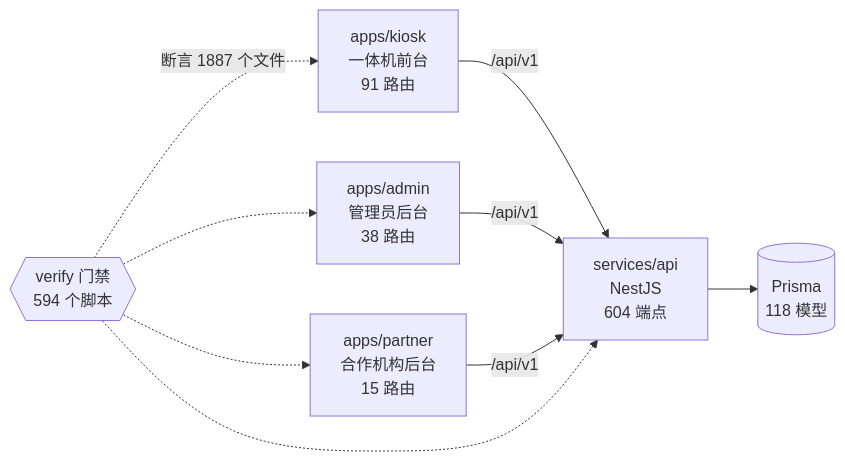
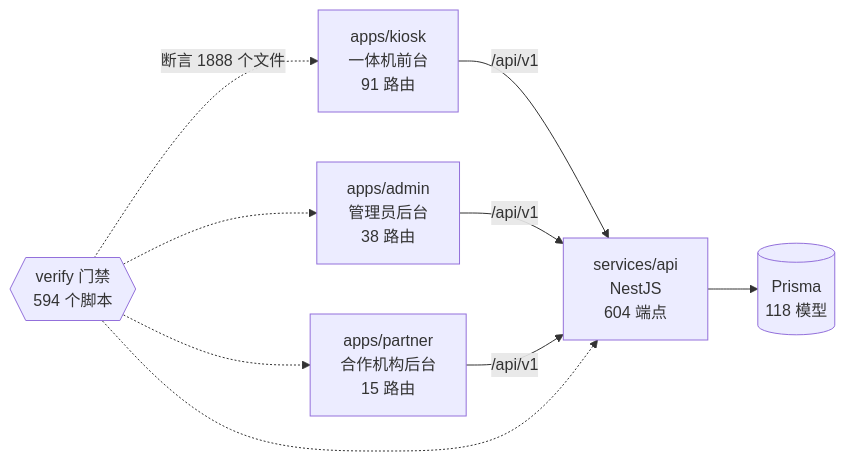
The diagram in docs/graph/README.md (wanglei581/YITIJI), drawn with Mermaid before and after one commit. The commit also changed other lines of this file and 9 other files, not shown here.

````diff
--- a/docs/graph/README.md
+++ b/docs/graph/README.md
@@ -68,18 +68,18 @@
 ```mermaid
 flowchart LR
   kiosk["apps/kiosk<br/>一体机前台<br/>91 路由"]
   admin["apps/admin<br/>管理员后台<br/>38 路由"]
   partner["apps/partner<br/>合作机构后台<br/>15 路由"]
   api["services/api<br/>NestJS<br/>604 端点"]
   db[("Prisma<br/>118 模型")]
   gates{{"verify 门禁<br/>594 个脚本"}}
 
   kiosk -->|"/api/v1"| api
   admin -->|"/api/v1"| api
   partner -->|"/api/v1"| api
   api --> db
-  gates -.->|"断言 1887 个文件"| kiosk
+  gates -.->|"断言 1888 个文件"| kiosk
   gates -.-> admin
   gates -.-> partner
   gates -.-> api
 ```
````
